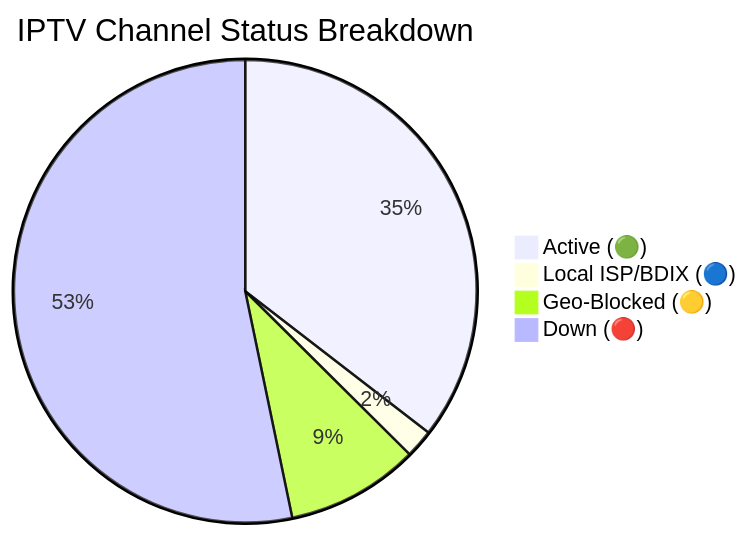
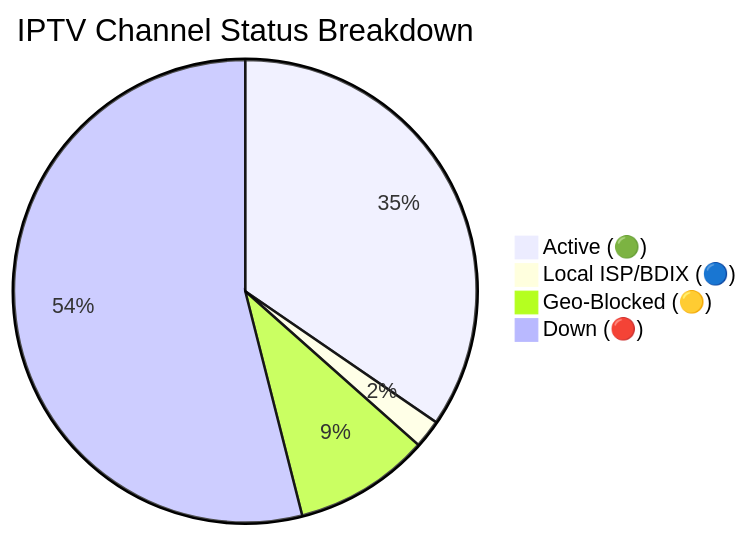
The diagram in README.md (andreataylord/Ip-tv-Collection), drawn with Mermaid before and after one commit. The commit also changed other lines of this file and 2 other files, not shown here.

````diff
--- a/README.md
+++ b/README.md
@@ -59,7 +59,7 @@
 ```mermaid
 pie title IPTV Channel Status Breakdown
-    "Active (🟢)" : 2295
+    "Active (🟢)" : 2231
     "Local ISP/BDIX (🔵)" : 128
-    "Geo-Blocked (🟡)" : 602
-    "Down (🔴)" : 3447
+    "Geo-Blocked (🟡)" : 612
+    "Down (🔴)" : 3482
 ```
````
